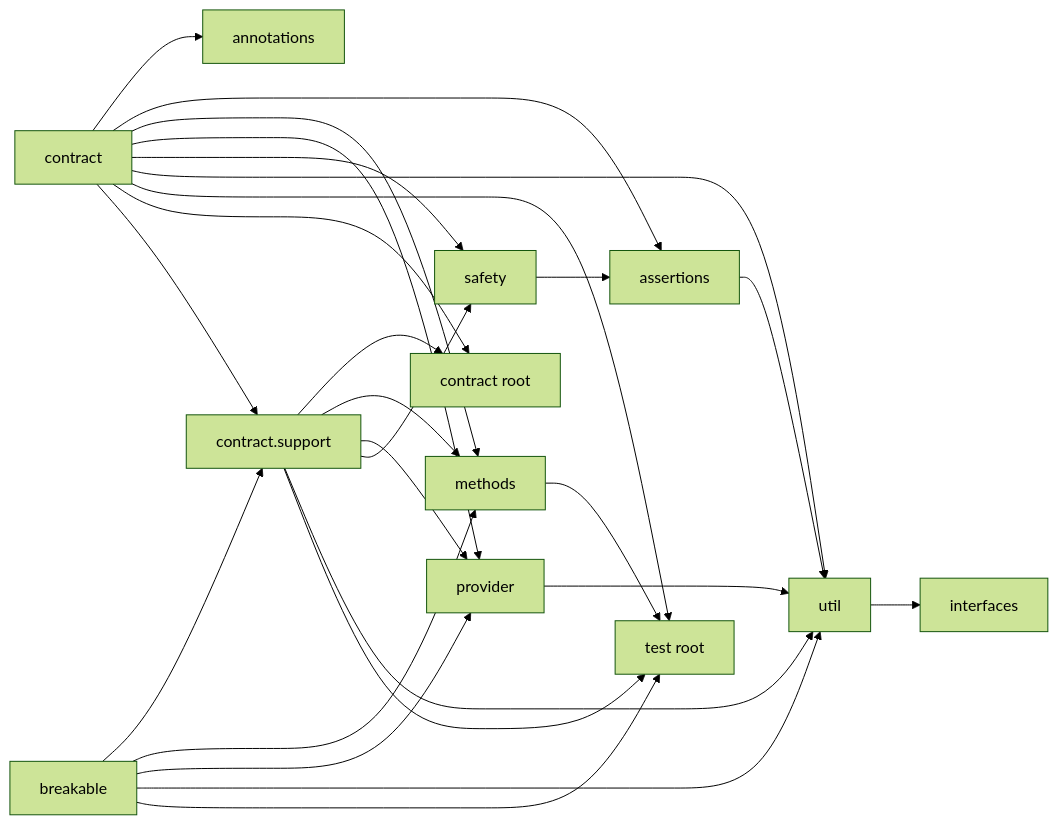
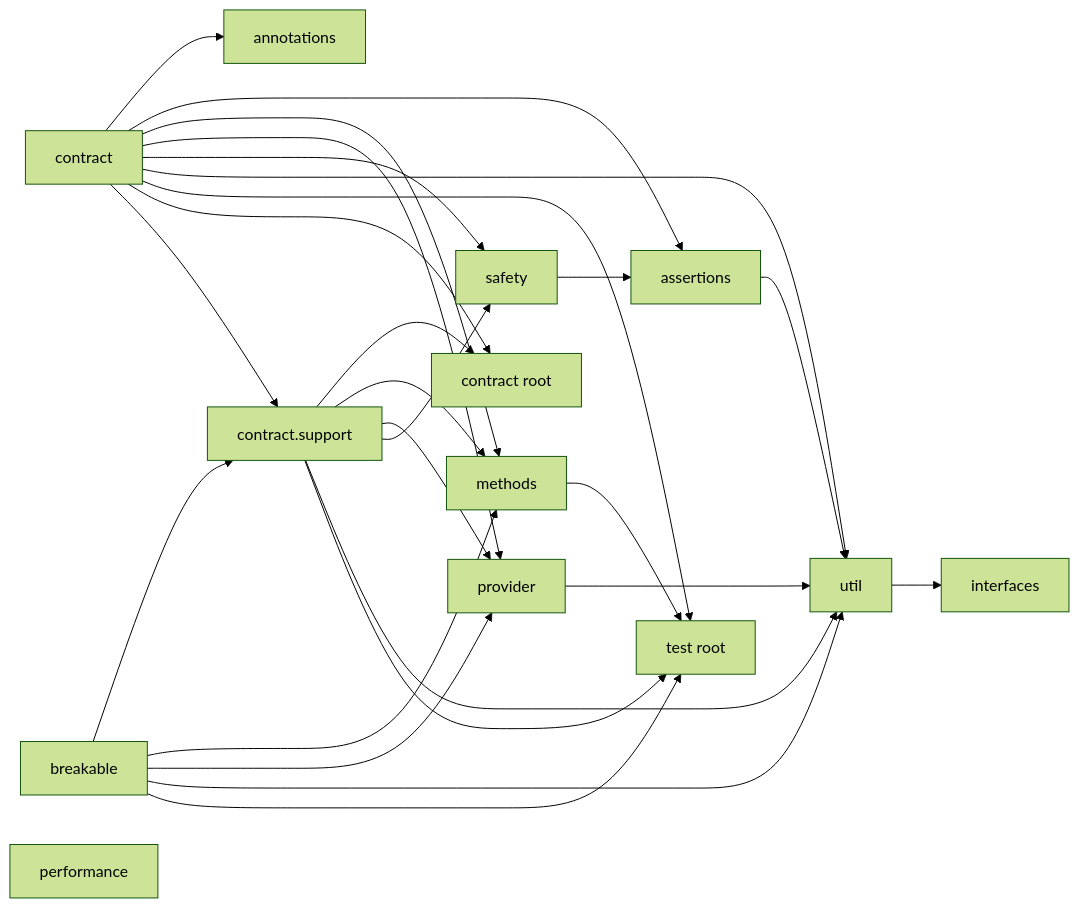
The diagram in docs/design/system/architecture.md (evanbergstrom/soliscode-test), drawn with Mermaid (forest theme) before and after one commit. The commit also changed other lines of this file and 33 other files, not shown here.

````diff
--- a/docs/design/system/architecture.md
+++ b/docs/design/system/architecture.md
@@ -59,39 +63,40 @@
 ```mermaid
 graph LR
   root[test root]
   ann[annotations]
   asr[assertions]
   brk[breakable]
   con[contract]
   ifc[interfaces]
   mth[methods]
   prv[provider]
   saf[safety]
   utl[util]
   con --> ann
   con --> asr
   con --> mth
   con --> prv
   con --> saf
   con --> utl
   con --> root
   cfg[contract root]
   con --> cfg
   con --> csu[contract.support]
   csu --> cfg
   csu --> mth
   csu --> prv
   csu --> saf
   csu --> utl
   csu --> root
   brk --> csu
   brk --> mth
   brk --> prv
   brk --> utl
   brk --> root
   mth --> root
   asr --> utl
   saf --> asr
   prv --> utl
   utl --> ifc
+  prf[performance]
 ```
````
